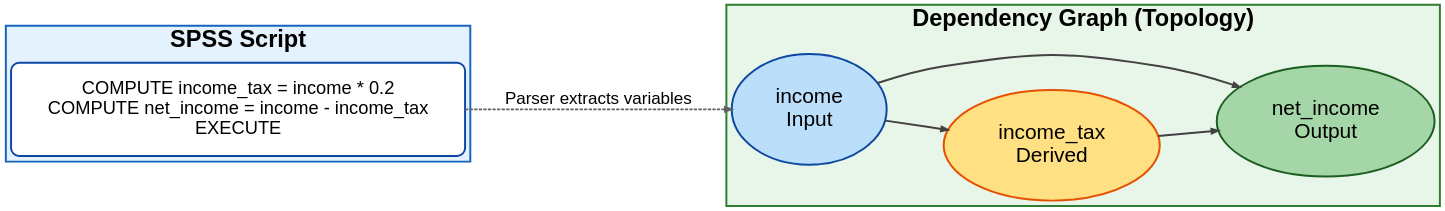
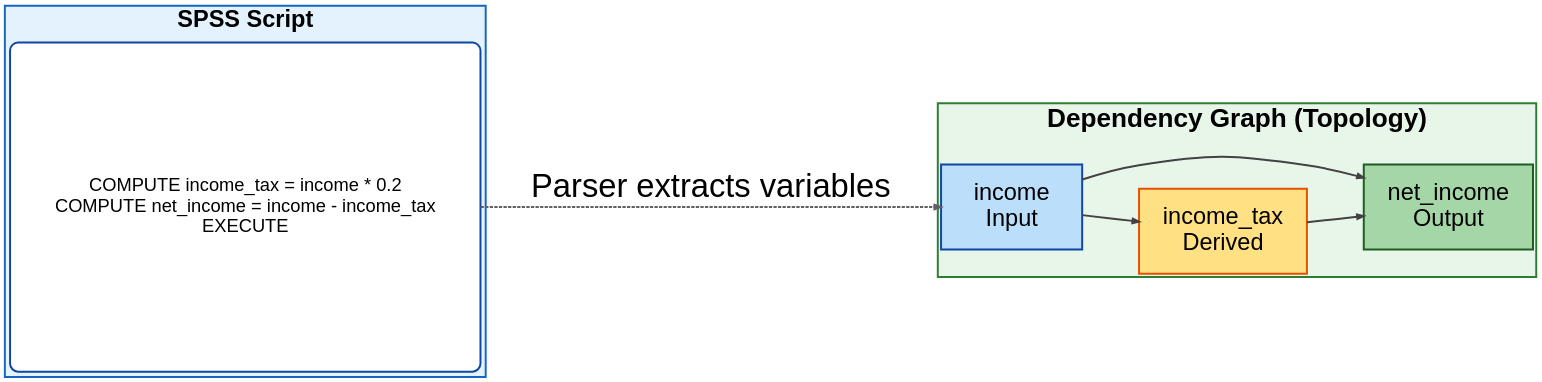
One commit to MagicSpik3/legacy-etl-compiler changed the third of 3 diagrams in docs/slides.qmd. Above: the diagram before and after it, drawn with Graphviz. The commit also changed other lines of this file and 2 other files, not shown here.

Commit message:
Finished

```diff
--- a/docs/slides.qmd
+++ b/docs/slides.qmd
@@ -250,6 +250,7 @@
       fontsize=28,
       fillcolor="white",
       color="#0D47A1",
+      width=10, height=7,
       label="COMPUTE income_tax = income * 0.2\nCOMPUTE net_income = income - income_tax\nEXECUTE"
     ];
   }
@@ -261,27 +262,39 @@
   subgraph cluster_graph {
 
     label="Dependency Graph (Topology)";
-    fontsize=36;
+    fontsize=40;
     fontname="Helvetica-Bold";
     style=filled;
     fillcolor="#E8F5E9";
     color="#2E7D32";
     penwidth=3;
 
+
+    # 1. Increase margin to add space between nodes and the green border
+    # Format: "horizontal,vertical" in inches
+    margin=5; 
+
+    # 2. Set global node dimensions to push the cluster boundaries out
+    node [shape=box, fontsize=28, fillcolor="white", style=filled, width=3, height=1.5];
+
+
     income [
       label="income\nInput",
+      fontsize=36,
       fillcolor="#BBDEFB",
       color="#0D47A1"
     ];
 
     tax [
       label="income_tax\nDerived",
+      fontsize=36,
       fillcolor="#FFE082",
       color="#E65100"
     ];
 
     net [
       label="net_income\nOutput",
+      fontsize=36,
       fillcolor="#A5D6A7",
       color="#1B5E20"
     ];
@@ -297,6 +310,7 @@
 
   code -> income [
     style=dashed,
+    fontsize=50,
     label="Parser extracts variables",
     color="#616161"
   ];
```
